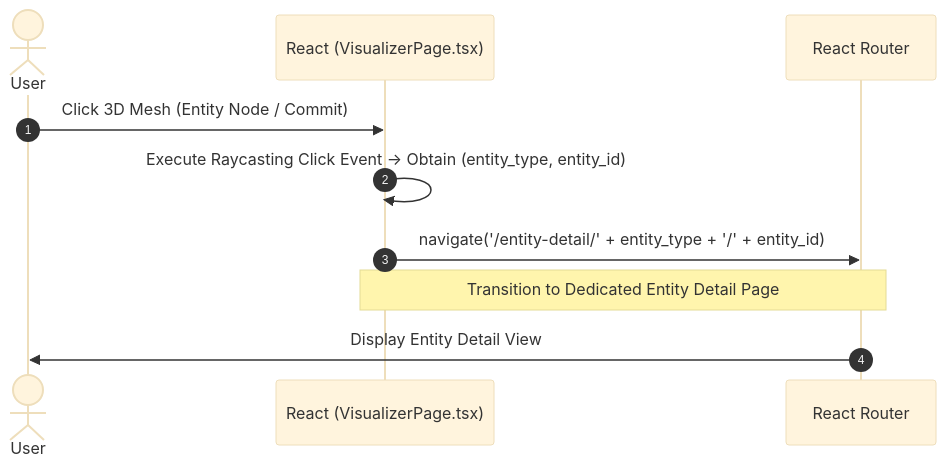
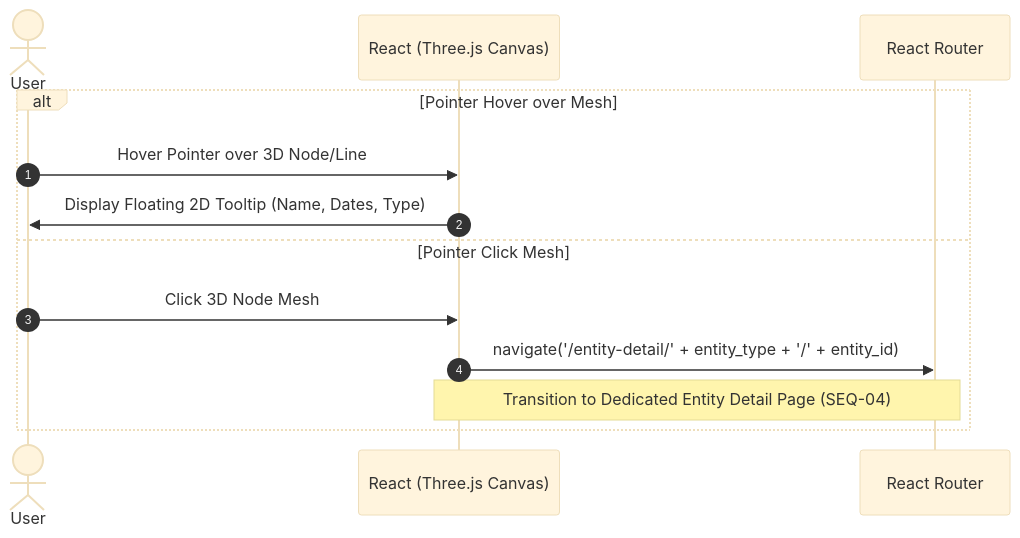
Before and after one commit to HibiyaHaraki/hasm: the third of 3 diagrams in docs/arch/12-SEQ-03_Visualizer.md, drawn with Mermaid (base theme). The commit also changed other lines of this file and 6 other files, not shown here.

````diff
--- a/docs/arch/12-SEQ-03_Visualizer.md
+++ b/docs/arch/12-SEQ-03_Visualizer.md
@@ -266,15 +132,17 @@
 ```mermaid
 sequenceDiagram
     autonumber
     actor User as User
-    participant React as React (VisualizerPage.tsx)
+    participant React as React (Three.js Canvas)
     participant Router as React Router
 
-    User->>React: Click 3D Mesh (Entity Node / Commit)
-    React->>React: Execute Raycasting Click Event -> Obtain (entity_type, entity_id)
-    
-    React->>Router: navigate('/entity-detail/' + entity_type + '/' + entity_id)
-    Note over React,Router: Transition to Dedicated Entity Detail Page
-    Router->>User: Display Entity Detail View
+    alt Pointer Hover over Mesh
+        User->>React: Hover Pointer over 3D Node/Line
+        React->>User: Display Floating 2D Tooltip (Name, Dates, Type)
+    else Pointer Click Mesh
+        User->>React: Click 3D Node Mesh
+        React->>Router: navigate('/entity-detail/' + entity_type + '/' + entity_id)
+        Note over React,Router: Transition to Dedicated Entity Detail Page (SEQ-04)
+    end
 
 ```
````
